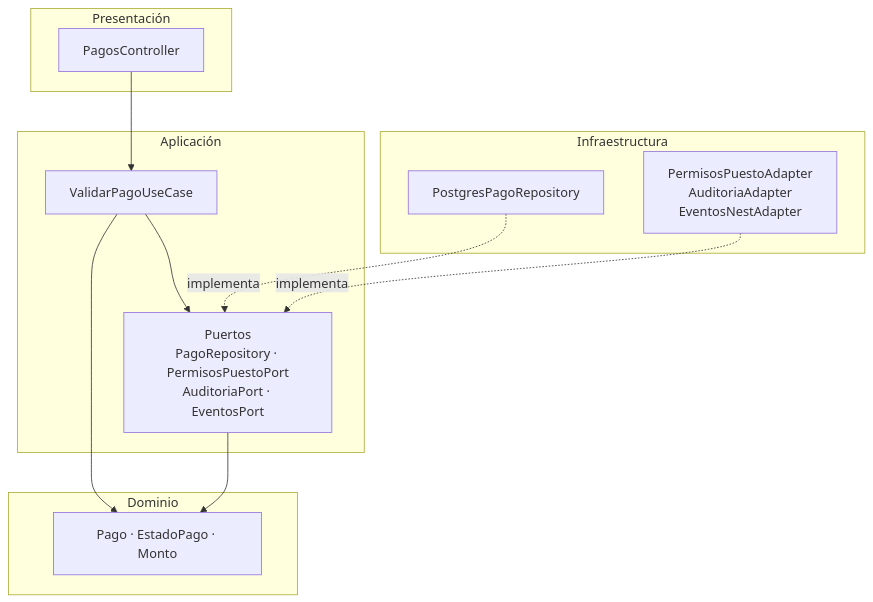
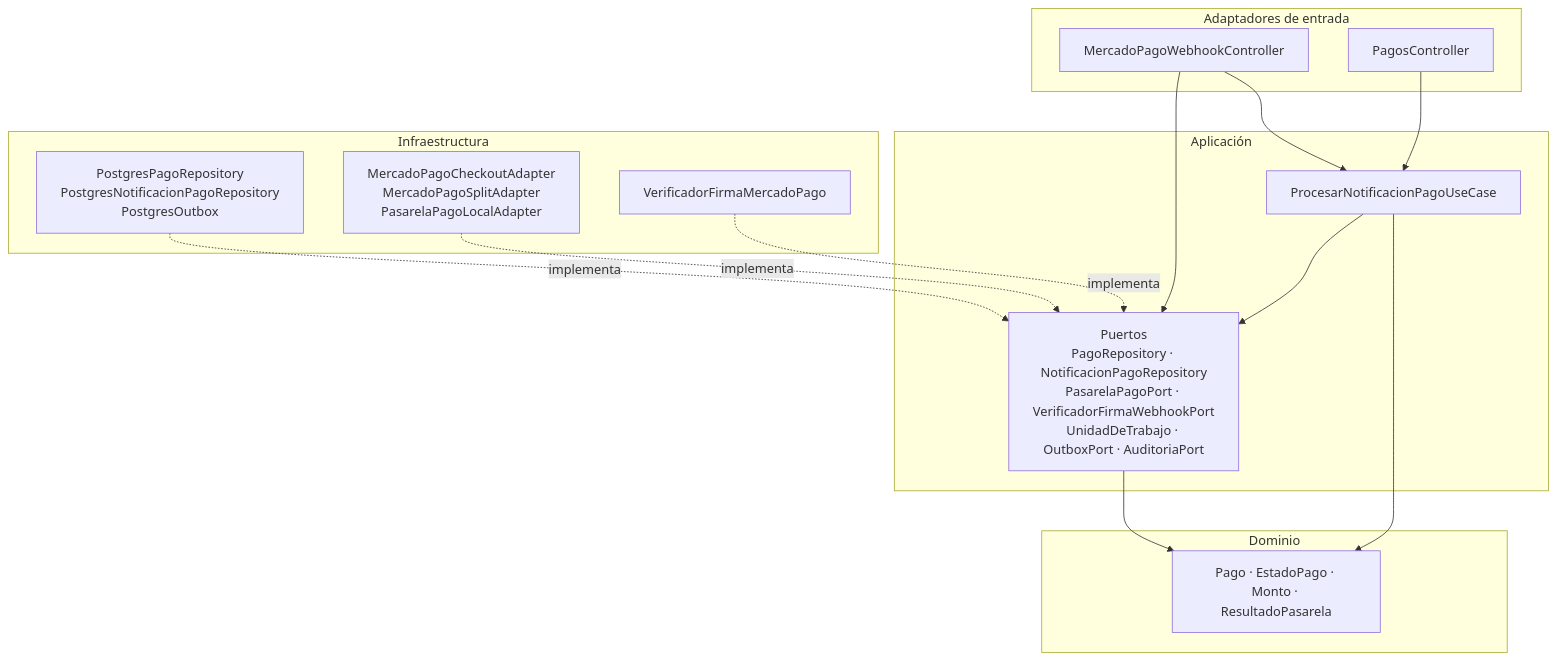
Before and after one commit to DheanFernandez/mercado-multivendedor: the first of 3 diagrams in docs/03-diseño-de-software/diseño-interno/diseño-interno-de-modulos.md, drawn with Mermaid. The commit also changed other lines of this file and 24 other files, not shown here.

Commit message:
docs: refactorizar estilo a monolito modular e integrar pago unico con Mercado Pago

````diff
--- a/docs/03-diseño-de-software/diseño-interno/diseño-interno-de-modulos.md
+++ b/docs/03-diseño-de-software/diseño-interno/diseño-interno-de-modulos.md
@@ -90,24 +123,29 @@
 ```mermaid
 flowchart TB
-    subgraph PRES["Presentación"]
+    subgraph ENT_AD["Adaptadores de entrada"]
+        WH["MercadoPagoWebhookController"]
         CTRL["PagosController"]
     end
     subgraph APP["Aplicación"]
-        UC["ValidarPagoUseCase"]
-        PORTS["Puertos<br/>PagoRepository · PermisosPuestoPort<br/>AuditoriaPort · EventosPort"]
+        UC["ProcesarNotificacionPagoUseCase"]
+        PORTS["Puertos<br/>PagoRepository · NotificacionPagoRepository<br/>PasarelaPagoPort · VerificadorFirmaWebhookPort<br/>UnidadDeTrabajo · OutboxPort · AuditoriaPort"]
     end
     subgraph DOM["Dominio"]
-        ENT["Pago · EstadoPago · Monto"]
+        ENT["Pago · EstadoPago · Monto · ResultadoPasarela"]
     end
     subgraph INF["Infraestructura"]
-        REPO["PostgresPagoRepository"]
-        ADP["PermisosPuestoAdapter<br/>AuditoriaAdapter<br/>EventosNestAdapter"]
+        REPO["PostgresPagoRepository<br/>PostgresNotificacionPagoRepository<br/>PostgresOutbox"]
+        PAS["MercadoPagoCheckoutAdapter<br/>MercadoPagoSplitAdapter<br/>PasarelaPagoLocalAdapter"]
+        VER["VerificadorFirmaMercadoPago"]
     end
 
+    WH --> UC
     CTRL --> UC
+    WH --> PORTS
     UC --> ENT
     UC --> PORTS
     PORTS --> ENT
     REPO -. implementa .-> PORTS
-    ADP -. implementa .-> PORTS
+    PAS -. implementa .-> PORTS
+    VER -. implementa .-> PORTS
 ```
````
